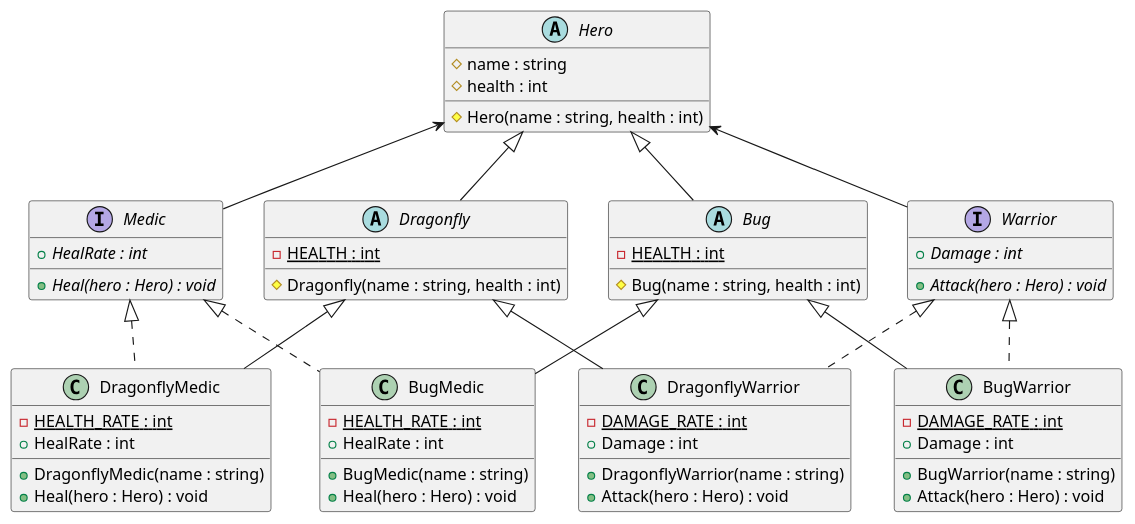
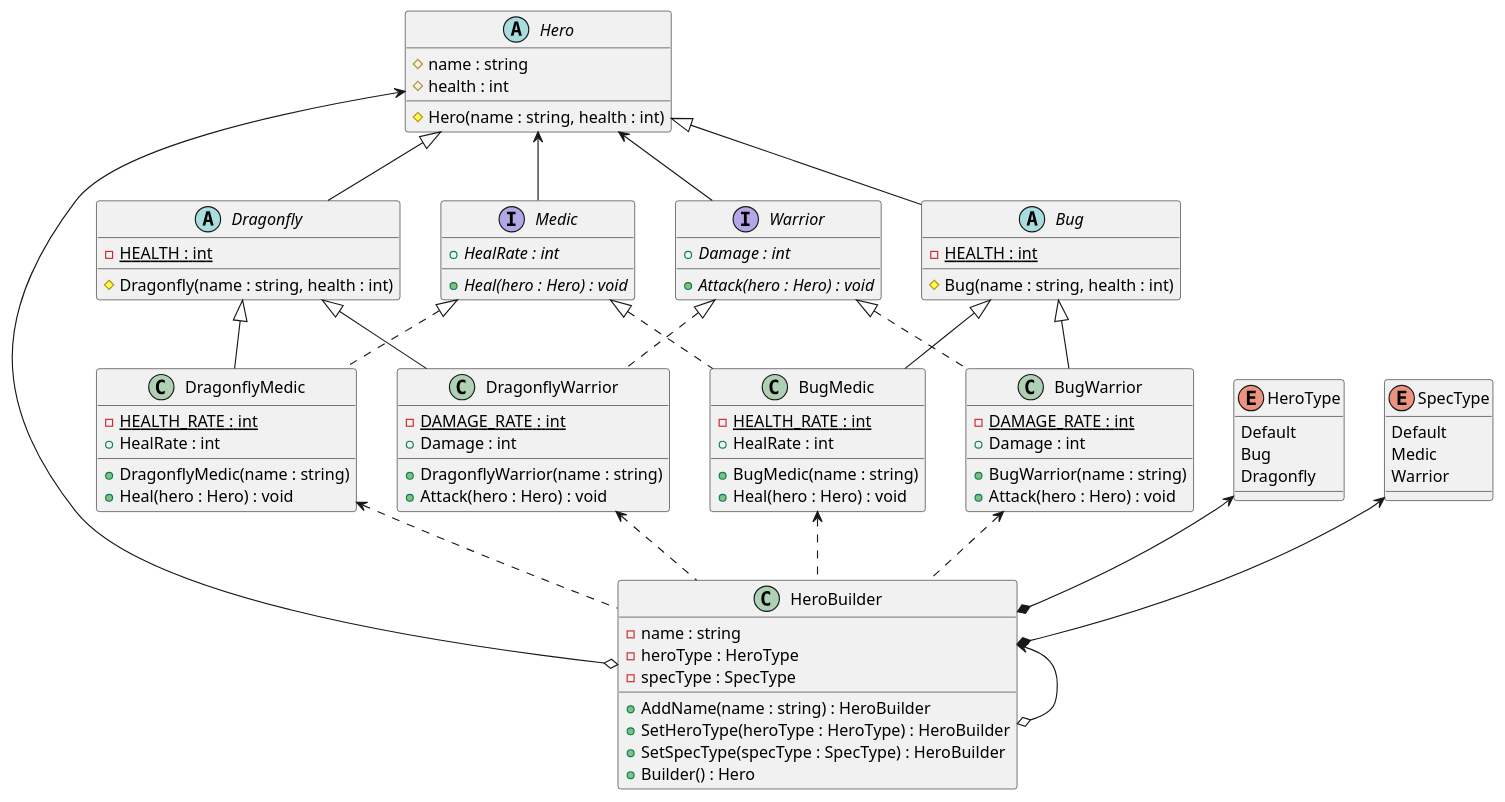
One commit to anst-foto/Heroes changed the diagram in Heroes.Core/diagram_class.puml. Above: the diagram before and after it, drawn with PlantUML. The commit also changed 1 other file, not shown here.

Commit message:
Update class diagram

```diff
--- a/Heroes.Core/diagram_class.puml
+++ b/Heroes.Core/diagram_class.puml
@@ -1,71 +1,101 @@
 @startuml
 'https://plantuml.com/class-diagram
 
 abstract class Hero {
 # name : string
 # health : int
 
 # Hero(name : string, health : int)
 }
 
 Hero <|-- Dragonfly
 abstract class Dragonfly {
 - {static} HEALTH : int
 # Dragonfly(name : string, health : int)
 }
 
 Hero <-- Medic
 interface Medic {
 + {abstract} HealRate : int
 + {abstract} Heal(hero : Hero) : void
 }
 
 Hero <-- Warrior
 interface Warrior {
 + {abstract} Damage : int
 + {abstract} Attack(hero : Hero) : void
 }
 
 Hero <|-- Bug
 abstract class Bug {
 - {static} HEALTH : int
 # Bug(name : string, health : int)
 }
 
 Dragonfly <|-- DragonflyMedic
 Medic <|.. DragonflyMedic
 class DragonflyMedic {
 - {static} HEALTH_RATE : int
 + HealRate : int
 + DragonflyMedic(name : string)
 + Heal(hero : Hero) : void
 }
 
 Dragonfly <|-- DragonflyWarrior
 Warrior <|.. DragonflyWarrior
 class DragonflyWarrior {
 - {static} DAMAGE_RATE : int
 + Damage : int
 + DragonflyWarrior(name : string)
 + Attack(hero : Hero) : void
 }
 
 Bug <|-- BugWarrior
 Warrior <|.. BugWarrior
 class BugWarrior {
 - {static} DAMAGE_RATE : int
 + Damage : int
 + BugWarrior(name : string)
 + Attack(hero : Hero) : void
 }
 
 Bug <|-- BugMedic
 Medic <|.. BugMedic
 class BugMedic {
 - {static} HEALTH_RATE : int
 + HealRate : int
 + BugMedic(name : string)
 + Heal(hero : Hero) : void
 }
 
+enum HeroType {
+Default
+Bug
+Dragonfly
+}
+
+enum SpecType {
+Default
+Medic
+Warrior
+}
+
+HeroType <--* HeroBuilder
+SpecType <--* HeroBuilder
+Hero <--o HeroBuilder
+HeroBuilder <--o HeroBuilder
+class HeroBuilder {
+- name : string
+- heroType : HeroType
+- specType : SpecType
++ AddName(name : string) : HeroBuilder
++ SetHeroType(heroType : HeroType) : HeroBuilder
++ SetSpecType(specType : SpecType) : HeroBuilder
++ Builder() : Hero
+}
+BugMedic <.. HeroBuilder
+BugWarrior <.. HeroBuilder
+DragonflyMedic <.. HeroBuilder
+DragonflyWarrior <.. HeroBuilder
+
 @enduml
```
